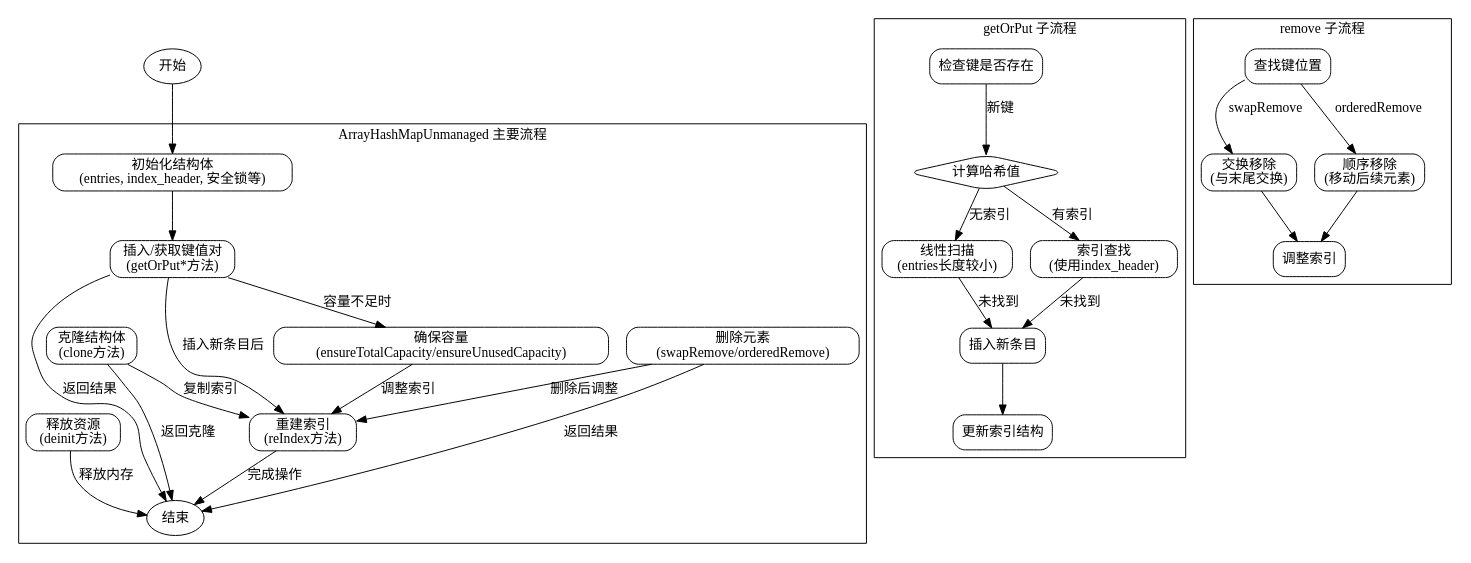
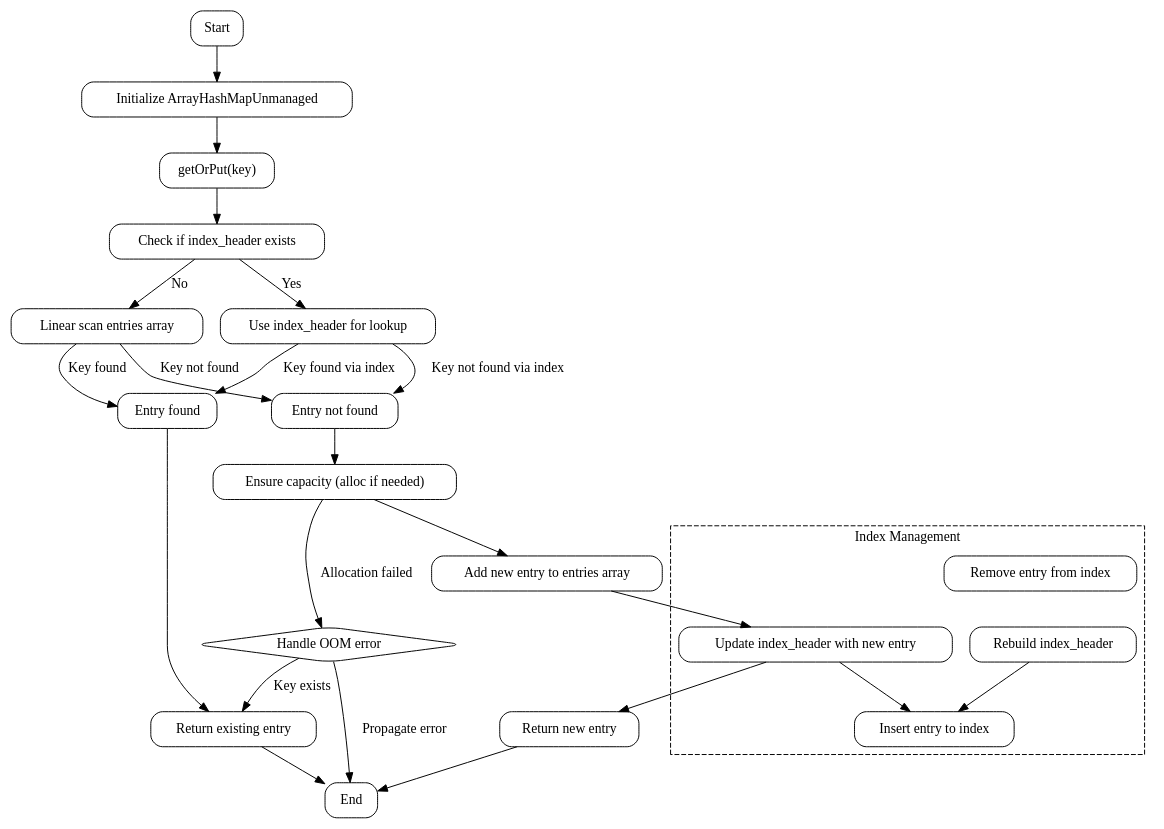
The diagram in dot_std/array_hash_map.zig.ArrayHashMapUnmanaged.md (sdzx-1/deepseek-zig-reader), drawn with Graphviz before and after one commit. The commit also changed other lines of this file and 236 other files, not shown here.

````diff
--- a/dot_std/array_hash_map.zig.ArrayHashMapUnmanaged.md
+++ b/dot_std/array_hash_map.zig.ArrayHashMapUnmanaged.md
@@ -38,67 +35,59 @@
 ```dot
-digraph flowchart {
+digraph ArrayHashMapUnmanaged {
     node [shape=rectangle, style=rounded];
-    edge [arrowhead=normal];
 
-    start [label="开始", shape=ellipse];
-    end [label="结束", shape=ellipse];
+    start [label="Start"];
+    init [label="Initialize ArrayHashMapUnmanaged"];
+    getOrPut [label="getOrPut(key)"];
+    checkIndexHeader [label="Check if index_header exists"];
+    linearScan [label="Linear scan entries array"];
+    useIndex [label="Use index_header for lookup"];
+    foundExisting [label="Entry found"];
+    notFound [label="Entry not found"];
+    ensureCapacity [label="Ensure capacity (alloc if needed)"];
+    addEntry [label="Add new entry to entries array"];
+    updateIndex [label="Update index_header with new entry"];
+    returnExisting [label="Return existing entry"];
+    returnNew [label="Return new entry"];
+    end [label="End"];
 
-    subgraph cluster_main {
-        label="ArrayHashMapUnmanaged 主要流程";
+    start -> init;
+    init -> getOrPut;
+
+    getOrPut -> checkIndexHeader;
+    checkIndexHeader -> linearScan [label="No"];
+    checkIndexHeader -> useIndex [label="Yes"];
+
+    linearScan -> foundExisting [label="Key found"];
+    linearScan -> notFound [label="Key not found"];
+    useIndex -> foundExisting [label="Key found via index"];
+    useIndex -> notFound [label="Key not found via index"];
+
+    foundExisting -> returnExisting -> end;
+
+    notFound -> ensureCapacity;
+    ensureCapacity -> addEntry;
+    addEntry -> updateIndex;
+    updateIndex -> returnNew -> end;
+
+    // Subgraph for index operations
+    subgraph cluster_index {
+        label="Index Management";
+        style=dashed;
         
-        init [label="初始化结构体\n(entries, index_header, 安全锁等)"];
-        getOrPut [label="插入/获取键值对\n(getOrPut*方法)"];
-        ensureCapacity [label="确保容量\n(ensureTotalCapacity/ensureUnusedCapacity)"];
-        reIndex [label="重建索引\n(reIndex方法)"];
-        remove [label="删除元素\n(swapRemove/orderedRemove)"];
-        clone [label="克隆结构体\n(clone方法)"];
-        deinit [label="释放资源\n(deinit方法)"];
-
-        init -> getOrPut;
-        getOrPut -> ensureCapacity [label="容量不足时"];
-        ensureCapacity -> reIndex [label="调整索引"];
-        getOrPut -> reIndex [label="插入新条目后"];
-        remove -> reIndex [label="删除后调整"];
-        clone -> reIndex [label="复制索引"];
-        deinit -> end [label="释放内存"];
+        rebuildIndex [label="Rebuild index_header"];
+        insertEntry [label="Insert entry to index"];
+        removeEntry [label="Remove entry from index"];
+        
+        rebuildIndex -> insertEntry;
+        updateIndex -> insertEntry;
+        removeEntry -> rebuildIndex [style=invis];
     }
 
-    subgraph cluster_getOrPut {
-        label="getOrPut 子流程";
-        
-        checkExisting [label="检查键是否存在"];
-        calcHash [label="计算哈希值", shape=diamond];
-        linearScan [label="线性扫描\n(entries长度较小)"];
-        indexLookup [label="索引查找\n(使用index_header)"];
-        insertNew [label="插入新条目"];
-        updateIndex [label="更新索引结构"];
-
-        checkExisting -> calcHash [label="新键"];
-        calcHash -> linearScan [label="无索引"];
-        calcHash -> indexLookup [label="有索引"];
-        linearScan -> insertNew [label="未找到"];
-        indexLookup -> insertNew [label="未找到"];
-        insertNew -> updateIndex;
-    }
-
-    subgraph cluster_remove {
-        label="remove 子流程";
-        
-        findKey [label="查找键位置"];
-        swapRemove [label="交换移除\n(与末尾交换)"];
-        orderedRemove [label="顺序移除\n(移动后续元素)"];
-        adjustIndex [label="调整索引"];
-
-        findKey -> swapRemove [label="swapRemove"];
-        findKey -> orderedRemove [label="orderedRemove"];
-        swapRemove -> adjustIndex;
-        orderedRemove -> adjustIndex;
-    }
-
-    start -> init;
-    reIndex -> end [label="完成操作"];
-    getOrPut -> end [label="返回结果"];
-    remove -> end [label="返回结果"];
-    clone -> end [label="返回克隆"];
+    // Error handling branch
+    ensureCapacity -> errorHandling [label="Allocation failed"];
+    errorHandling [label="Handle OOM error", shape=diamond];
+    errorHandling -> returnExisting [label="Key exists"];
+    errorHandling -> end [label="Propagate error"];
 }
 ```
````
